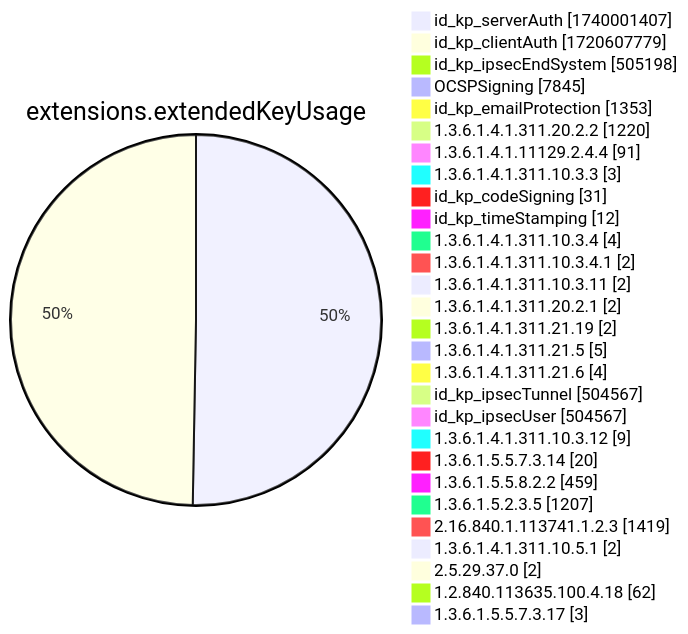
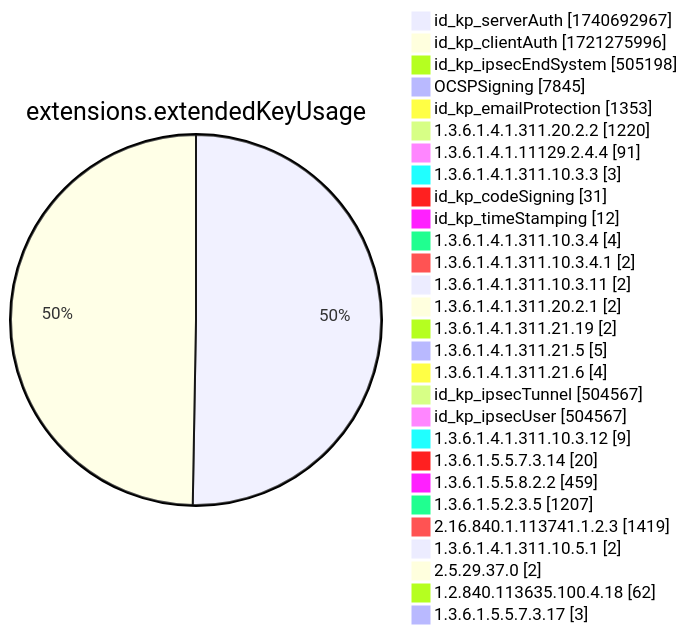
Before and after one commit to christiankrug/ctmonitor_visualization: diagram 12 of 15 in xenon2022/README.md, drawn with Mermaid. The commit also changed other lines of this file, not shown here.

````diff
--- a/xenon2022/README.md
+++ b/xenon2022/README.md
@@ -3892,32 +3892,32 @@
 ```mermaid
 pie showData
 title extensions.extendedKeyUsage
-"id_kp_serverAuth" :1740001407
-"id_kp_clientAuth" :1720607779
+"id_kp_serverAuth" :1740692967
+"id_kp_clientAuth" :1721275996
 "id_kp_ipsecEndSystem" :505198
 "OCSPSigning" :7845
 "id_kp_emailProtection" :1353
 "1.3.6.1.4.1.311.20.2.2" :1220
 "1.3.6.1.4.1.11129.2.4.4" :91
 "1.3.6.1.4.1.311.10.3.3" :3
 "id_kp_codeSigning" :31
 "id_kp_timeStamping" :12
 "1.3.6.1.4.1.311.10.3.4" :4
 "1.3.6.1.4.1.311.10.3.4.1" :2
 "1.3.6.1.4.1.311.10.3.11" :2
 "1.3.6.1.4.1.311.20.2.1" :2
 "1.3.6.1.4.1.311.21.19" :2
 "1.3.6.1.4.1.311.21.5" :5
 "1.3.6.1.4.1.311.21.6" :4
 "id_kp_ipsecTunnel" :504567
 "id_kp_ipsecUser" :504567
 "1.3.6.1.4.1.311.10.3.12" :9
 "1.3.6.1.5.5.7.3.14" :20
 "1.3.6.1.5.5.8.2.2" :459
 "1.3.6.1.5.2.3.5" :1207
 "2.16.840.1.113741.1.2.3" :1419
 "1.3.6.1.4.1.311.10.5.1" :2
 "2.5.29.37.0" :2
 "1.2.840.113635.100.4.18" :62
 "1.3.6.1.5.5.7.3.17" :3
 ```
````
